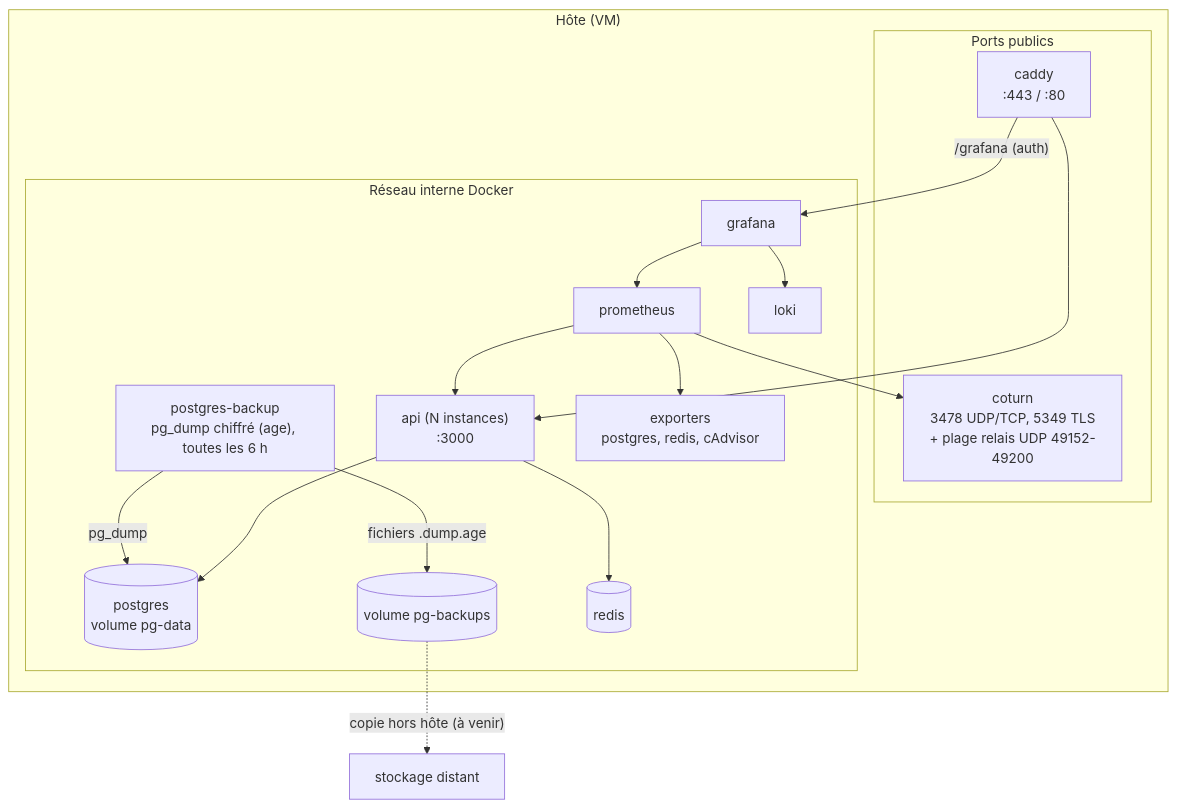
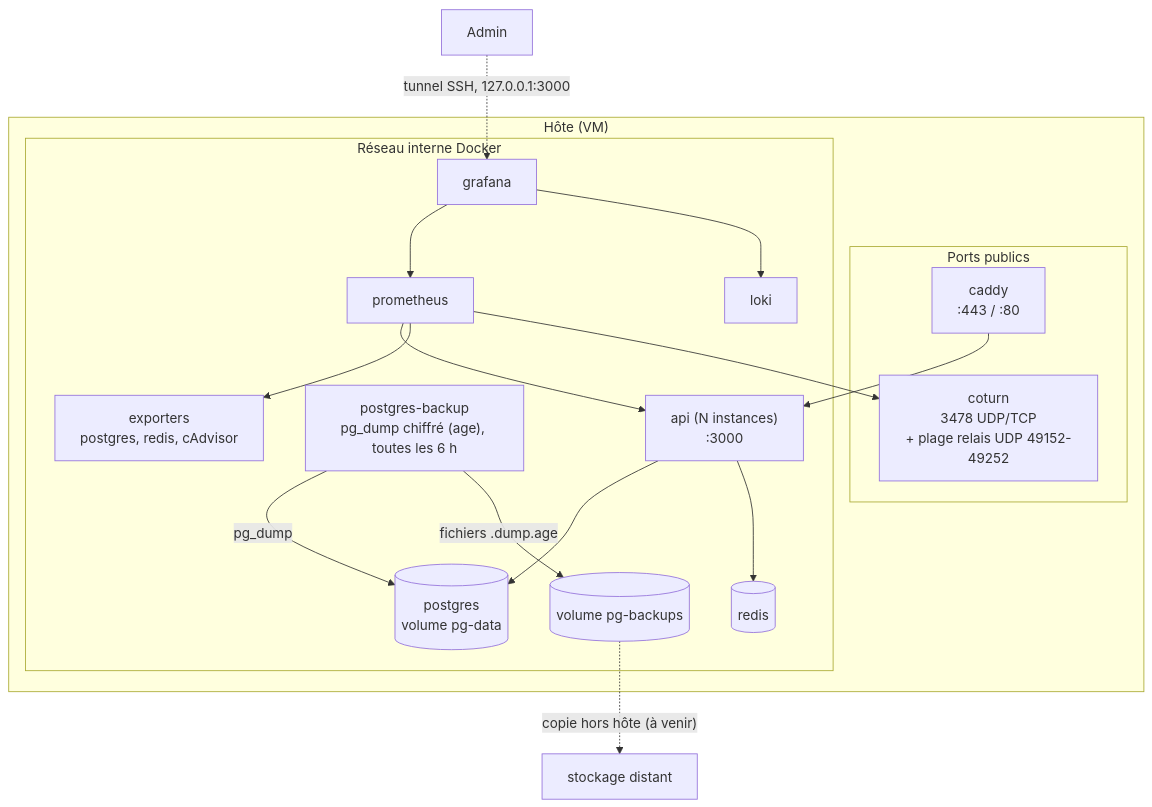
The sixth of 8 diagrams in docs/architecture.md (tomriquier2004-dev/chatisen), drawn with Mermaid before and after one commit. The commit also changed other lines of this file, not shown here.

First line of the commit message:
docs(architecture): add network flows, J1 and target views, align coturn and hosting

````diff
--- a/docs/architecture.md
+++ b/docs/architecture.md
@@ -413,32 +413,32 @@
 ```mermaid
 flowchart TB
     subgraph Host["Hôte (VM)"]
         subgraph Public["Ports publics"]
             CADDY["caddy<br/>:443 / :80"]
-            COTURN["coturn<br/>3478 UDP/TCP, 5349 TLS<br/>+ plage relais UDP 49152-49200"]
+            COTURN["coturn<br/>3478 UDP/TCP<br/>+ plage relais UDP 49152-49252"]
         end
         subgraph Internal["Réseau interne Docker"]
             API["api (N instances)<br/>:3000"]
             PG[("postgres<br/>volume pg-data")]
             BKP["postgres-backup<br/>pg_dump chiffré (age), toutes les 6 h"]
             VBK[("volume pg-backups")]
             RD[("redis")]
             PROM["prometheus"]
             LOKI["loki"]
             GRAF["grafana"]
             EXP["exporters<br/>postgres, redis, cAdvisor"]
         end
     end
     CADDY --> API
-    CADDY -- "/grafana (auth)" --> GRAF
+    ADM["Admin"] -. "tunnel SSH, 127.0.0.1:3000" .-> GRAF
     API --> PG
     API --> RD
     BKP -- "pg_dump" --> PG
     BKP -- "fichiers .dump.age" --> VBK
     VBK -. "copie hors hôte (à venir)" .-> OFF["stockage distant"]
     PROM --> API
     PROM --> EXP
     PROM --> COTURN
     GRAF --> PROM
     GRAF --> LOKI
 ```
````
